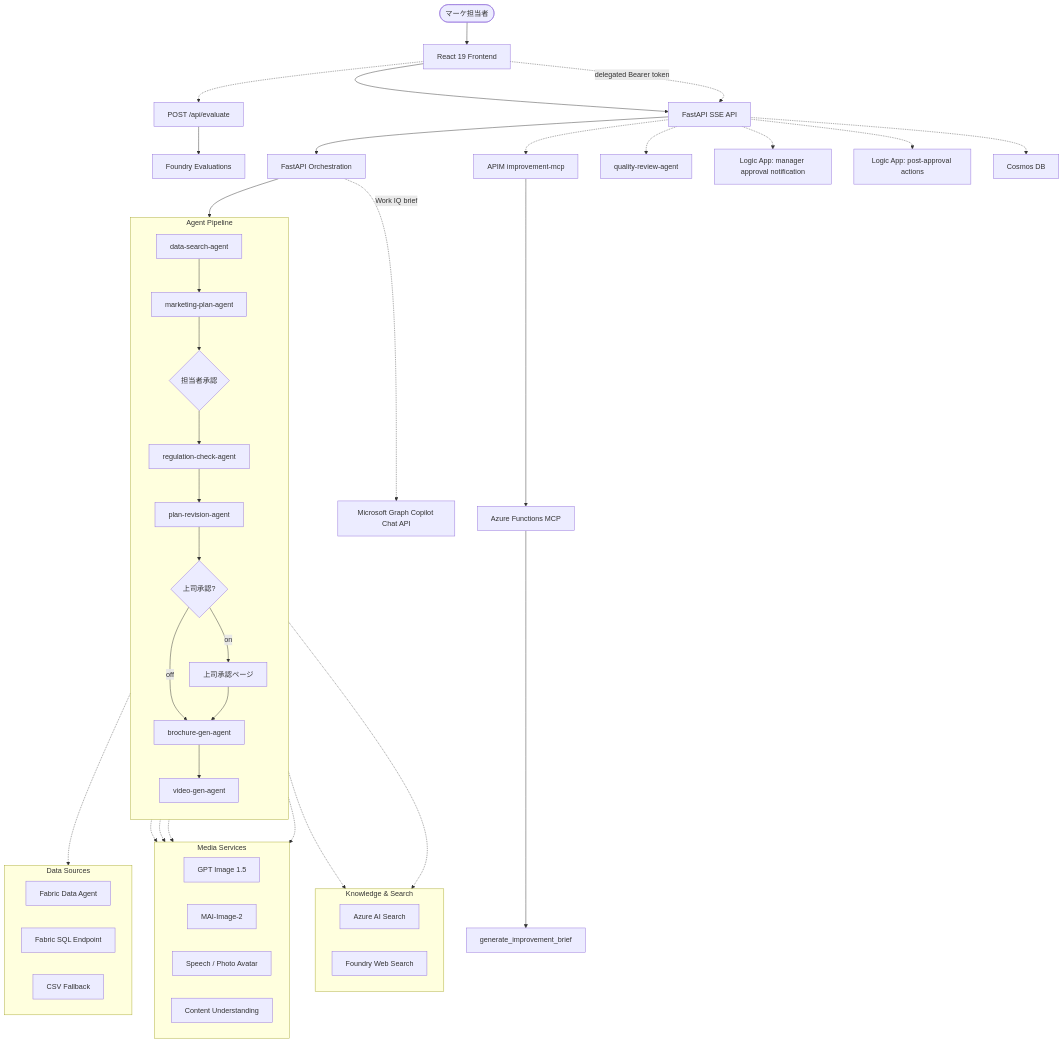
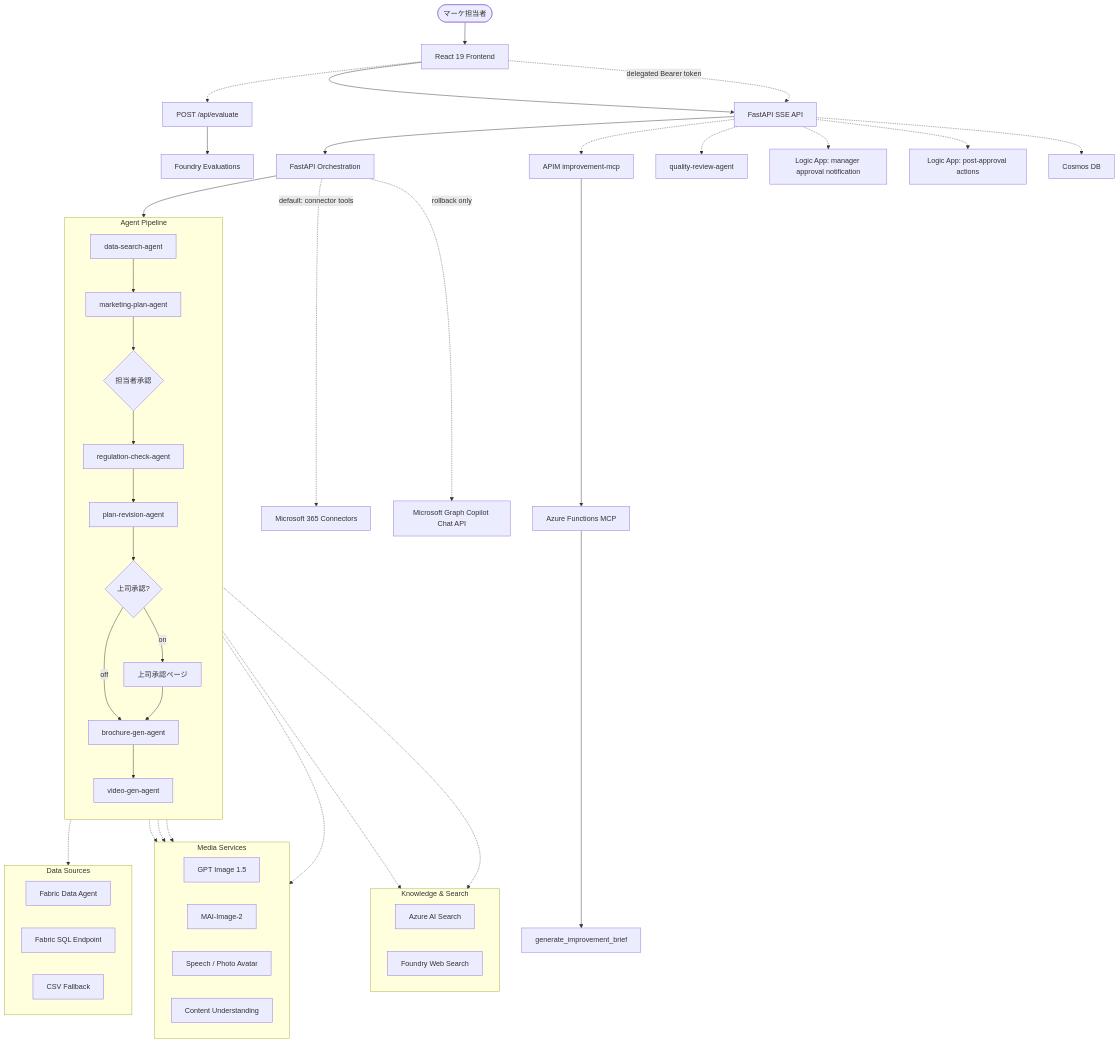
The first of 2 diagrams in docs/azure-architecture.md (naoki1213mj/hackathon-teamD), drawn with Mermaid before and after one commit. The commit also changed other lines of this file and 17 other files, not shown here.

Commit message:
feat(workiq): default to foundry tool runtime

````diff
--- a/docs/azure-architecture.md
+++ b/docs/azure-architecture.md
@@ -7,63 +7,64 @@
 ```mermaid
 flowchart TD
     user([マーケ担当者]) --> ui[React 19 Frontend]
     ui --> api[FastAPI SSE API]
     ui -. delegated Bearer token .-> api
     ui -.-> eval[POST /api/evaluate]
     eval --> foundryEval[Foundry Evaluations]
 
     api --> flow[FastAPI Orchestration]
     api -.-> apimMcp[APIM improvement-mcp]
-    flow -. Work IQ brief .-> workiq[Microsoft Graph Copilot Chat API]
+    flow -. default: connector tools .-> m365[Microsoft 365 Connectors]
+    flow -. rollback only .-> workiq[Microsoft Graph Copilot Chat API]
     apimMcp --> mcpFunc[Azure Functions MCP]
     mcpFunc --> mcpTool[generate_improvement_brief]
 
     subgraph agents[Agent Pipeline]
         direction TB
         a1[data-search-agent] --> a2[marketing-plan-agent]
         a2 --> approve{担当者承認}
         approve --> a3a[regulation-check-agent]
         a3a --> a3b[plan-revision-agent]
         a3b --> mgr{上司承認?}
         mgr -->|off| a4[brochure-gen-agent]
         mgr -->|on| portal[上司承認ページ]
         portal --> a4
         a4 --> a5[video-gen-agent]
     end
 
     flow --> agents
 
     subgraph data[Data Sources]
         direction LR
         dataAgent[Fabric Data Agent]
         fabricSQL[Fabric SQL Endpoint]
         csv[CSV Fallback]
     end
 
     subgraph knowledge[Knowledge & Search]
         direction LR
         aiSearch[Azure AI Search]
         webSearch[Foundry Web Search]
     end
 
     subgraph media[Media Services]
         direction LR
         gptImg[GPT Image 1.5]
         maiImg[MAI-Image-2]
         avatar[Speech / Photo Avatar]
         cu[Content Understanding]
     end
 
     a1 -.-> data
     a2 -.-> webSearch
     a3a -.-> knowledge
     a4 -.-> gptImg
     a4 -.-> maiImg
     a4 -.-> cu
     a5 -.-> avatar
 
     api -.-> review[quality-review-agent]
     api -.-> mgrLogic[Logic App: manager approval notification]
     api -.-> postLogic[Logic App: post-approval actions]
     api -.-> cosmos[Cosmos DB]
 ```
````
